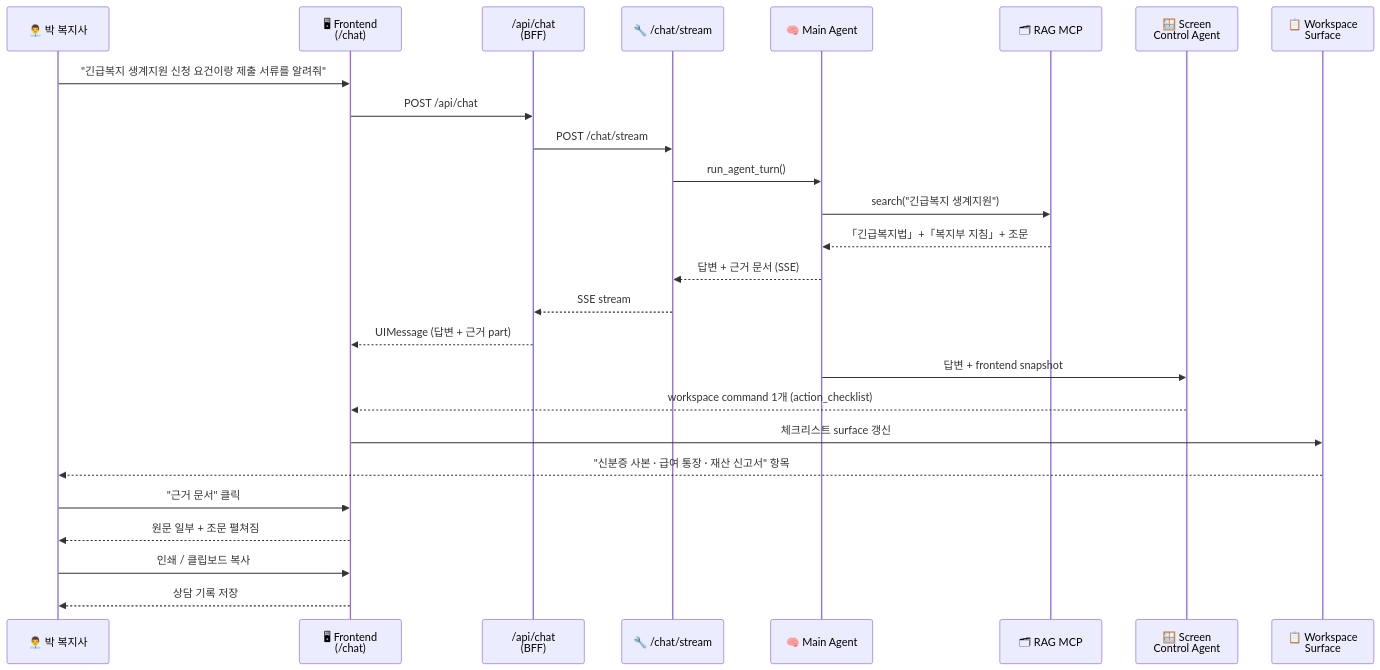
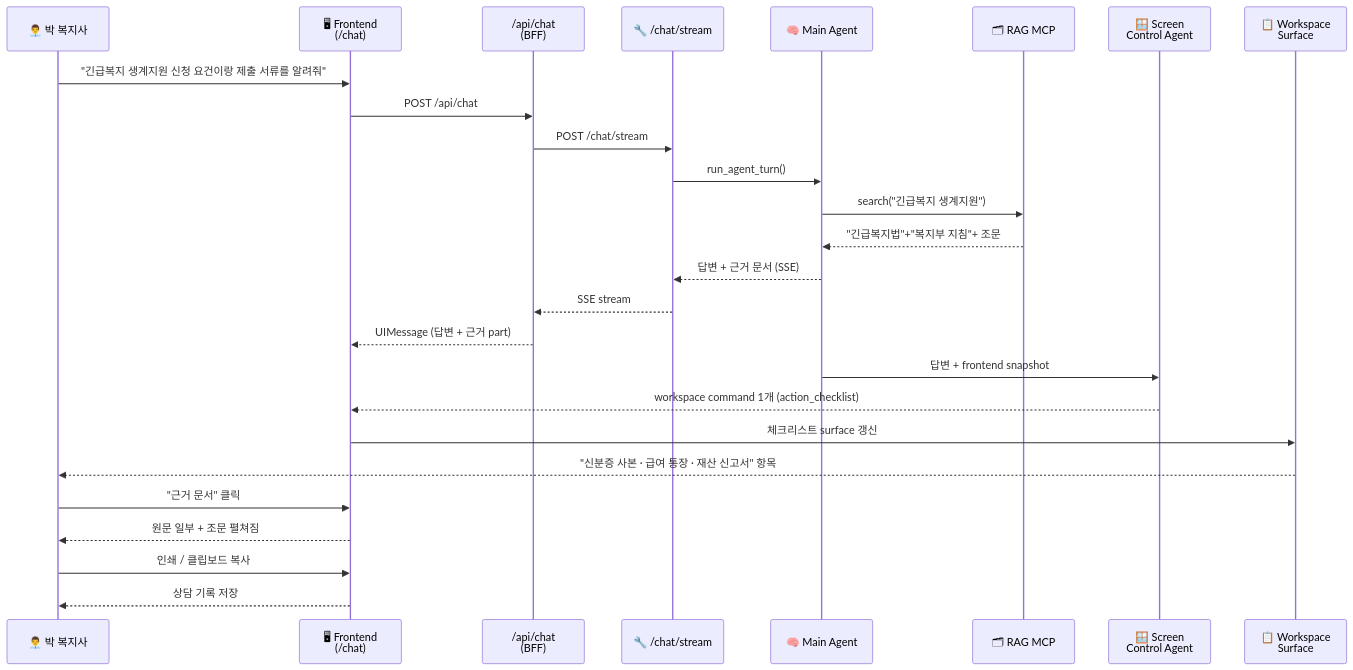
Before and after one commit to vosnuev/elderly-legal-rag: the second of 3 diagrams in README.md, drawn with Mermaid. The commit also changed other lines of this file, not shown here.

````diff
--- a/README.md
+++ b/README.md
@@ -254,29 +254,29 @@
 ```mermaid
 sequenceDiagram
   participant U as 👨‍💼 박 복지사
   participant FE as 🖥 Frontend<br/>(/chat)
   participant BFF as /api/chat<br/>(BFF)
   participant BE as 🔧 /chat/stream
   participant MA as 🧠 Main Agent
   participant RAG as 🗂 RAG MCP
   participant SC as 🪟 Screen<br/>Control Agent
   participant WS as 📋 Workspace<br/>Surface
 
   U->>FE: "긴급복지 생계지원 신청 요건이랑 제출 서류를 알려줘"
   FE->>BFF: POST /api/chat
   BFF->>BE: POST /chat/stream
   BE->>MA: run_agent_turn()
   MA->>RAG: search("긴급복지 생계지원")
-  RAG-->>MA: 「긴급복지법」+「복지부 지침」+ 조문
+  RAG-->>MA: "긴급복지법"+"복지부 지침"+ 조문
   MA-->>BE: 답변 + 근거 문서 (SSE)
   BE-->>BFF: SSE stream
   BFF-->>FE: UIMessage (답변 + 근거 part)
   MA->>SC: 답변 + frontend snapshot
   SC-->>FE: workspace command 1개 (action_checklist)
   FE->>WS: 체크리스트 surface 갱신
   WS-->>U: "신분증 사본 · 급여 통장 · 재산 신고서" 항목
   U->>FE: "근거 문서" 클릭
   FE-->>U: 원문 일부 + 조문 펼쳐짐
   U->>FE: 인쇄 / 클립보드 복사
   FE-->>U: 상담 기록 저장
 ```
````
